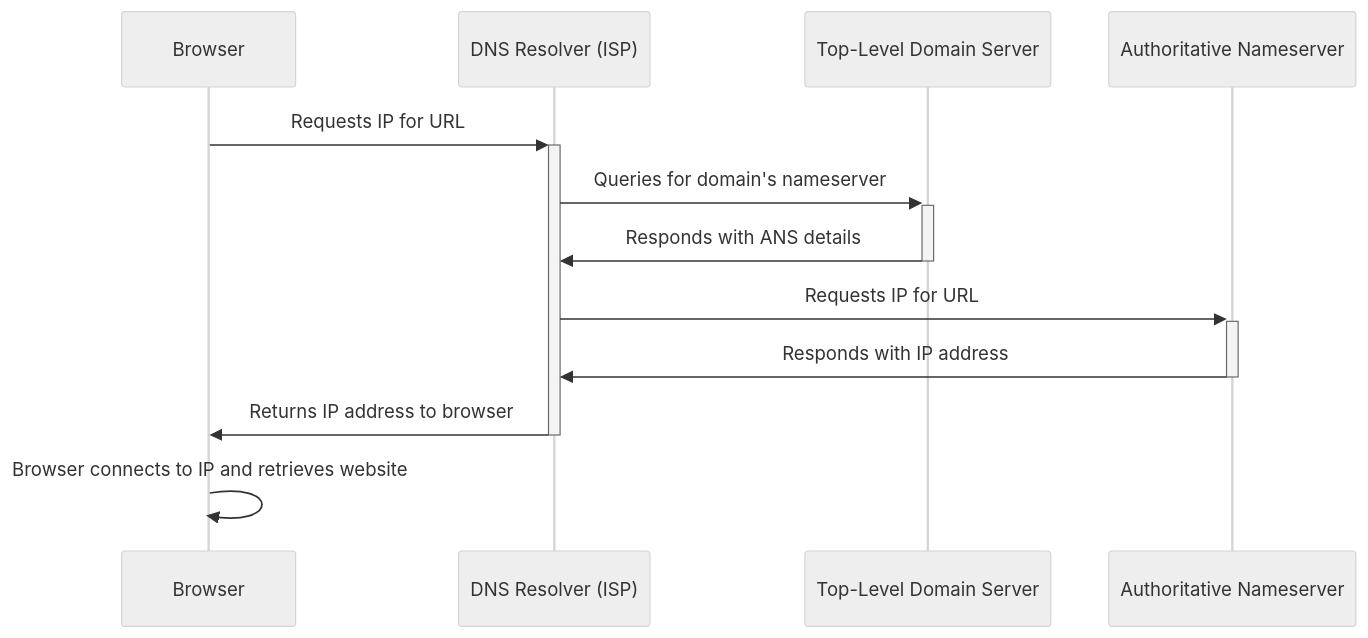
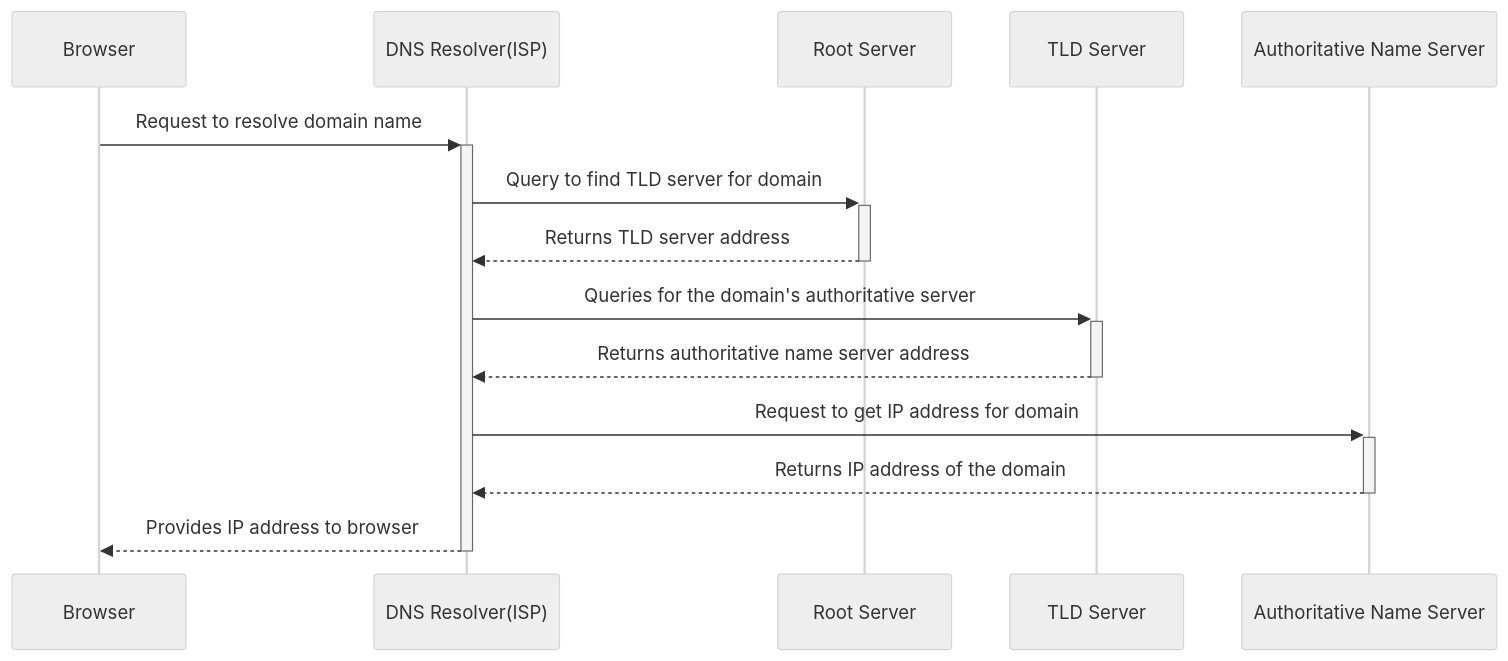
Before and after one commit to saitaiky/notebook: the first of 2 diagrams in docs/docs/aws/networking/fundamental/protocols/dns.md, drawn with Mermaid (neutral theme). The commit also changed other lines of this file and 1 other file, not shown here.

Commit message:
update dns diagram

````diff
--- a/docs/docs/aws/networking/fundamental/protocols/dns.md
+++ b/docs/docs/aws/networking/fundamental/protocols/dns.md
@@ -11,14 +11,17 @@
 ```mermaid
 sequenceDiagram
-    participant B as Browser
-    participant DR as DNS Resolver (ISP)
-    participant TLD as Top-Level Domain Server
-    participant ANS as Authoritative Nameserver
-    B->>+DR: Requests IP for URL
-    DR->>+TLD: Queries for domain's nameserver
-    TLD->>-DR: Responds with ANS details
-    DR->>+ANS: Requests IP for URL
-    ANS->>-DR: Responds with IP address
-    DR->>-B: Returns IP address to browser
-    B->>+B: Browser connects to IP and retrieves website
+    participant Browser
+    participant DNS_Resolver as DNS Resolver(ISP)
+    participant Root_Server as Root Server
+    participant TLD_Server as TLD Server
+    participant Auth_Name_Server as Authoritative Name Server
+
+    Browser->>+DNS_Resolver: Request to resolve domain name
+    DNS_Resolver->>+Root_Server: Query to find TLD server for domain
+    Root_Server-->>-DNS_Resolver: Returns TLD server address
+    DNS_Resolver->>+TLD_Server: Queries for the domain's authoritative server
+    TLD_Server-->>-DNS_Resolver: Returns authoritative name server address
+    DNS_Resolver->>+Auth_Name_Server: Request to get IP address for domain
+    Auth_Name_Server-->>-DNS_Resolver: Returns IP address of the domain
+    DNS_Resolver-->>-Browser: Provides IP address to browser
 ```
````
